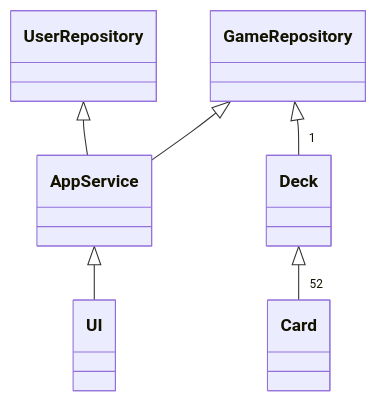
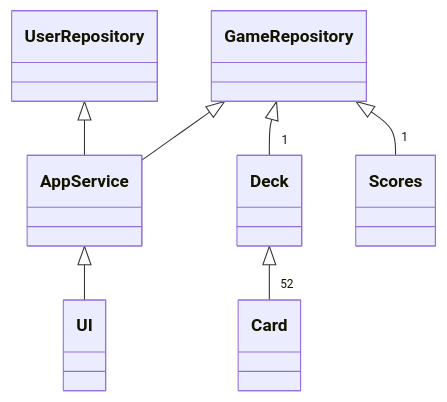
The first of 4 diagrams in dokumentaatio/arkkitehtuuri.md (Badding/ot-harjoitustyo), drawn with Mermaid before and after one commit. The commit also changed 14 other files, not shown here.

````diff
--- a/dokumentaatio/arkkitehtuuri.md
+++ b/dokumentaatio/arkkitehtuuri.md
@@ -31,8 +31,9 @@
 ```mermaid
- classDiagram
-    AppService <|-- UI
-    UserRepository <|-- AppService
-    GameRepository <|-- AppService
-    GameRepository <|-- "1" Deck
-    Deck <|-- "52"Card
+    classDiagram
+        AppService <|-- UI
+        UserRepository <|-- AppService
+        GameRepository <|-- AppService
+        GameRepository <|-- "1" Deck
+        GameRepository <|-- "1" Scores
+        Deck <|-- "52"Card
 ```
````
